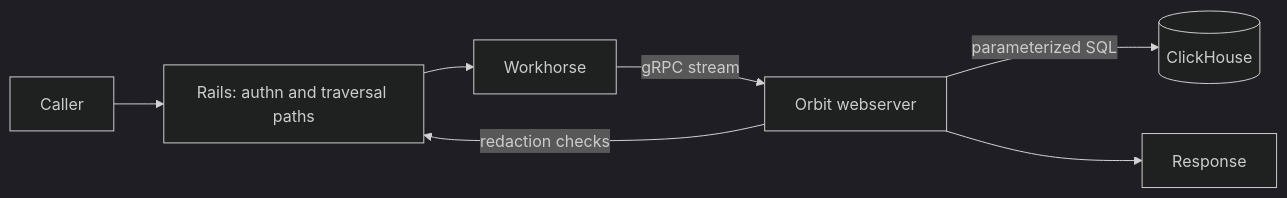
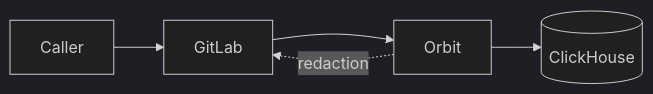
One commit to gitlabhq/orbit-knowledge-graph changed the first of 6 diagrams in docs/pages/engineering/architecture/querying/request-path.md. Above: the diagram before and after it, drawn with Mermaid (dark theme). The commit also changed other lines of this file and 3 other files, not shown here.

Commit message:
docs(architecture): apply the architecture page style to the querying section and add header images

````diff
--- a/docs/pages/engineering/architecture/querying/request-path.md
+++ b/docs/pages/engineering/architecture/querying/request-path.md
@@ -30,9 +21,5 @@
 ```mermaid
 flowchart LR
-    Caller --> Rails[Rails: authn and traversal paths]
-    Rails --> Workhorse
-    Workhorse -- gRPC stream --> Webserver[Orbit webserver]
-    Webserver -- parameterized SQL --> CH[(ClickHouse)]
-    Webserver -- redaction checks --> Rails
-    Webserver --> Response
+    Caller --> GitLab --> Orbit --> CH[(ClickHouse)]
+    Orbit -. redaction .-> GitLab
 ```
````
